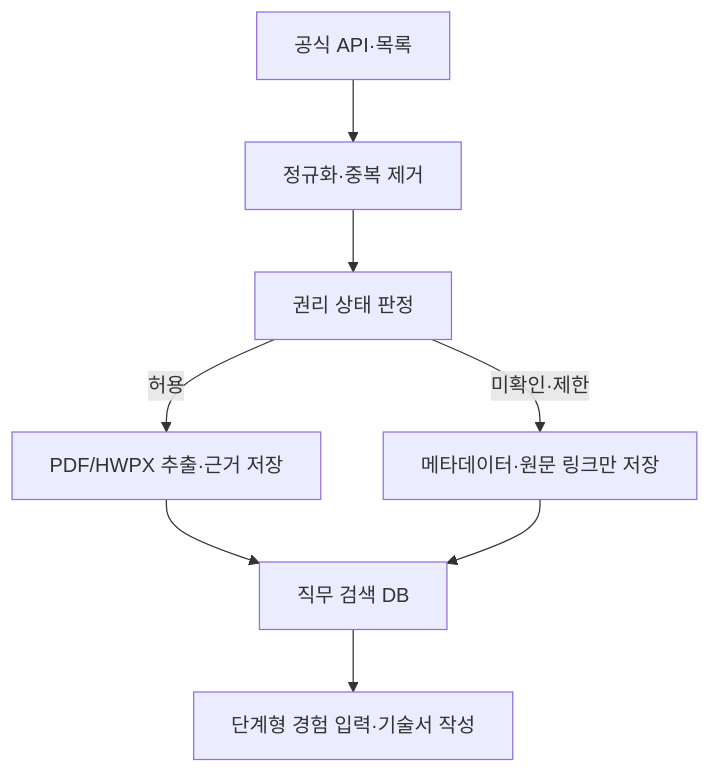
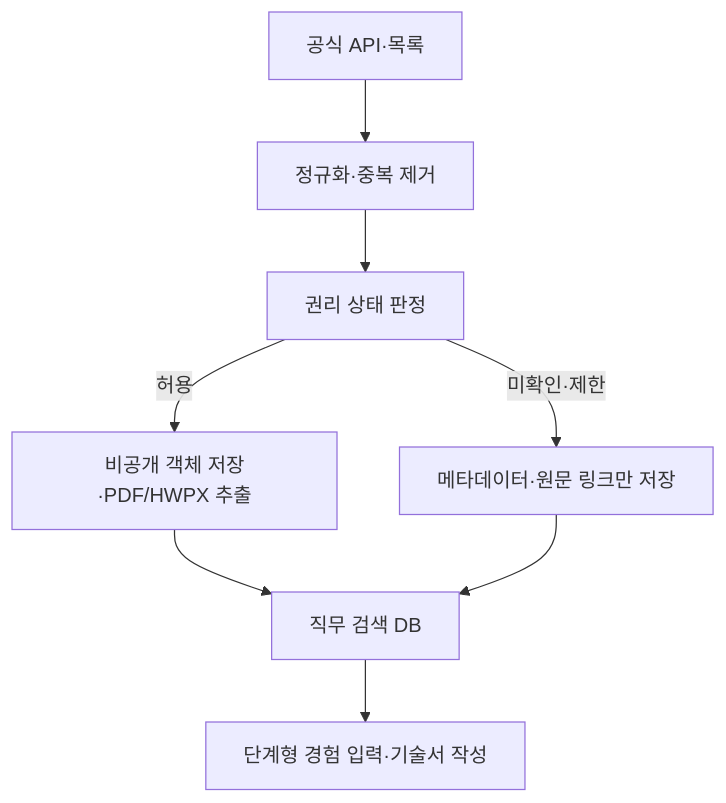
Before and after one commit to jonandkill/Jobandkill: the diagram in README.md, drawn with Mermaid. The commit also changed other lines of this file and 27 other files, not shown here.

````diff
--- a/README.md
+++ b/README.md
@@ -102,10 +113,10 @@
 ```mermaid
 flowchart TD
   A["공식 API·목록"] --> B["정규화·중복 제거"]
   B --> C["권리 상태 판정"]
-  C -->|허용| D["PDF/HWPX 추출·근거 저장"]
+  C -->|허용| D["비공개 객체 저장·PDF/HWPX 추출"]
   C -->|미확인·제한| E["메타데이터·원문 링크만 저장"]
   D --> F["직무 검색 DB"]
   E --> F
   F --> G["단계형 경험 입력·기술서 작성"]
 ```
````
